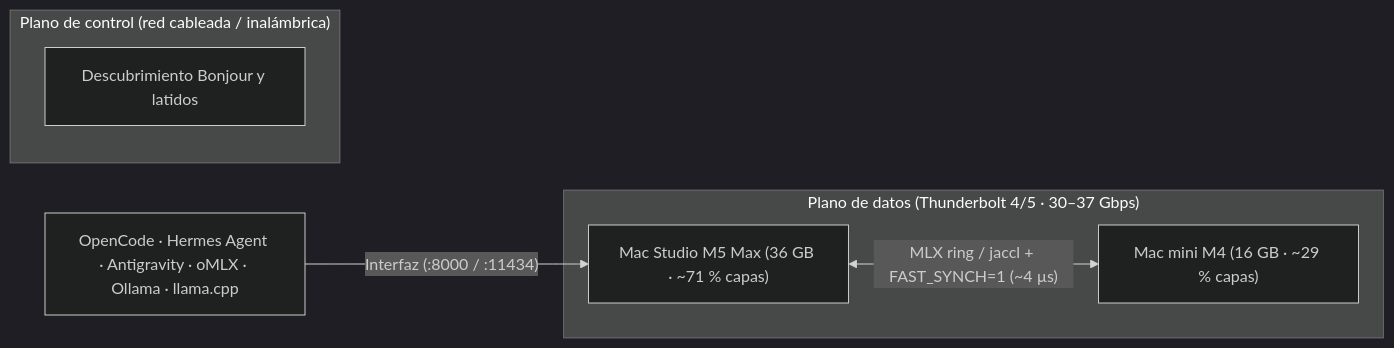
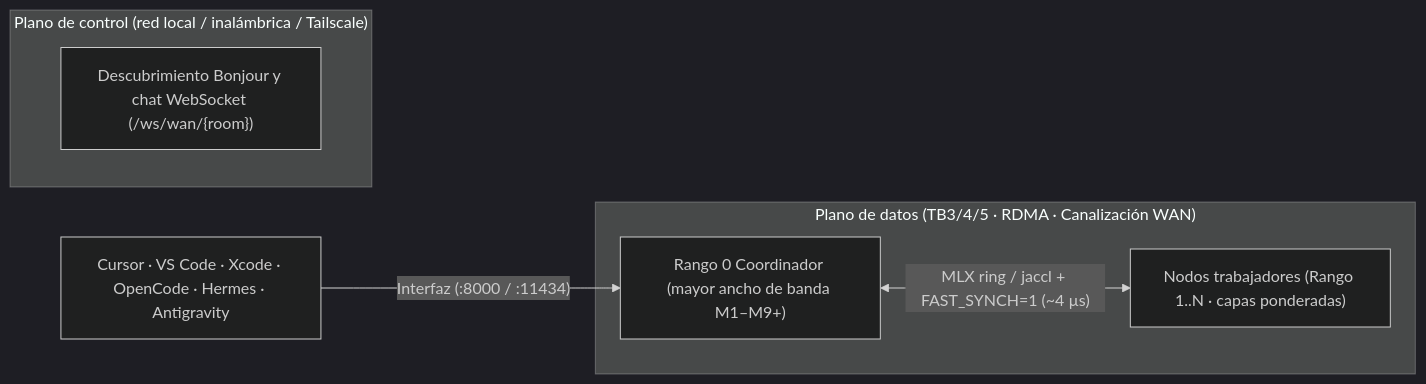
Before and after one commit to SonnerStudio/SonnerStudio-Cluster-Case-Companion: the diagram in README.es.md, drawn with Mermaid (dark theme). The commit also changed other lines of this file and 7 other files, not shown here.

Commit message:
Update all 5 READMEs with Internet Cluster & Chat, Roofline, M1-M9+, and new promotional graphics

````diff
--- a/README.es.md
+++ b/README.es.md
@@ -38,10 +55,10 @@
 ```mermaid
 flowchart LR
-  Clients["OpenCode · Hermes Agent · Antigravity · oMLX · Ollama · llama.cpp"] -->|"Interfaz (:8000 / :11434)"| Studio
-  subgraph Control["Plano de control (red cableada / inalámbrica)"]
-    Discovery["Descubrimiento Bonjour y latidos"]
+  Clients["Cursor · VS Code · Xcode · OpenCode · Hermes · Antigravity"] -->|"Interfaz (:8000 / :11434)"| Rank0
+  subgraph Control["Plano de control (red local / inalámbrica / Tailscale)"]
+    Discovery["Descubrimiento Bonjour y chat WebSocket (/ws/wan/{room})"]
   end
-  subgraph Data["Plano de datos (Thunderbolt 4/5 · 30–37 Gbps)"]
-    Studio["Mac Studio M5 Max (36 GB · ~71 % capas)"] <-->|"MLX ring / jaccl + FAST_SYNCH=1 (~4 µs)"| Mini["Mac mini M4 (16 GB · ~29 % capas)"]
+  subgraph Data["Plano de datos (TB3/4/5 · RDMA · Canalización WAN)"]
+    Rank0["Rango 0 Coordinador (mayor ancho de banda M1–M9+)"] <-->|"MLX ring / jaccl + FAST_SYNCH=1 (~4 µs)"| Workers["Nodos trabajadores (Rango 1..N · capas ponderadas)"]
   end
 ```
````
